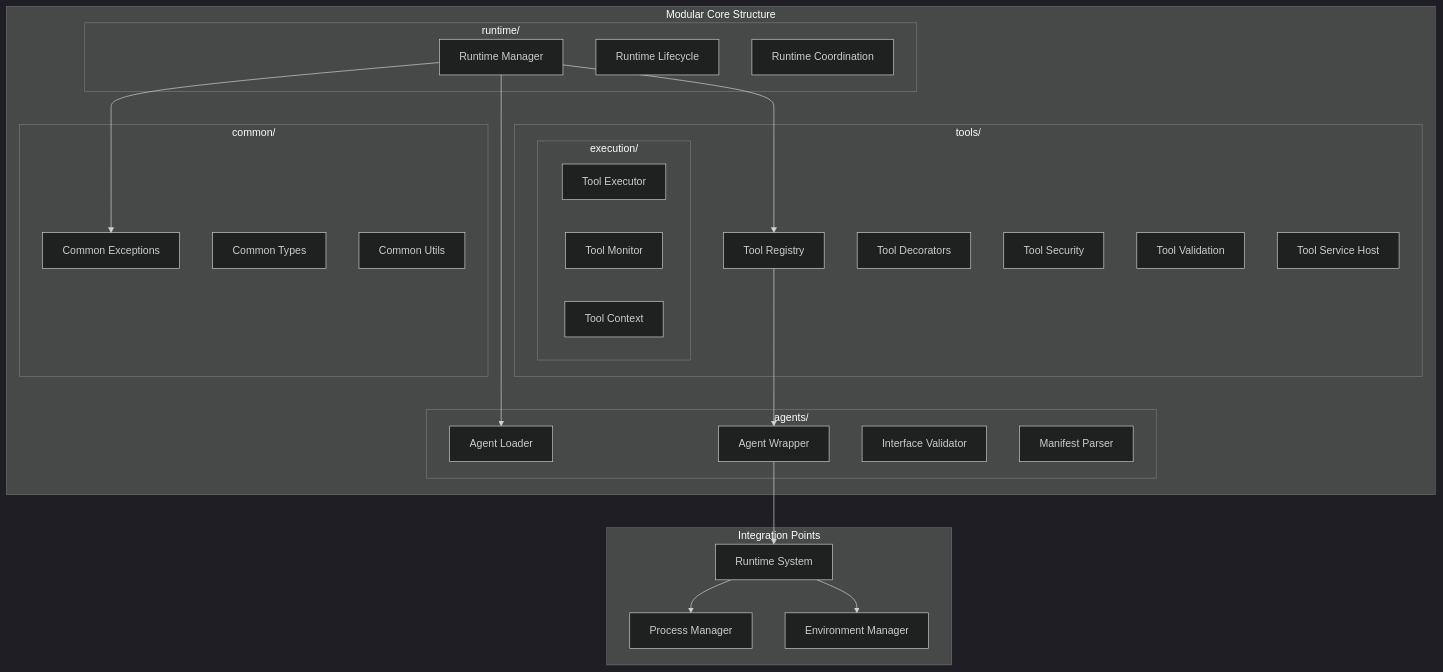
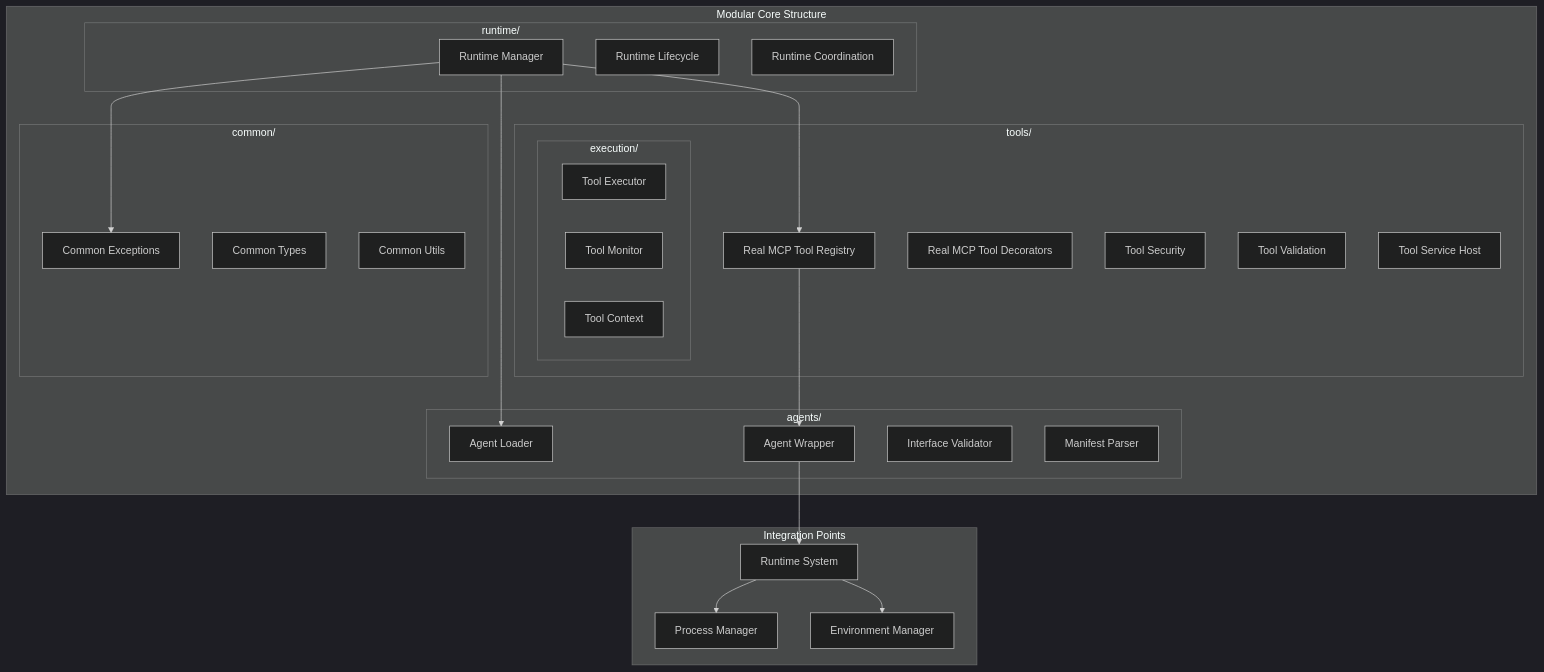
One commit to agentplug/agenthub changed the diagram in docs/.implementation_design/phase2.5_semantic_progress_tools/core/README.md. Above: the diagram before and after it, drawn with Mermaid (dark theme). The commit also changed other lines of this file and 14 other files, not shown here.

First line of the commit message:
docs: update design documents for real MCP implementation

````diff
--- a/docs/.implementation_design/phase2.5_semantic_progress_tools/core/README.md
+++ b/docs/.implementation_design/phase2.5_semantic_progress_tools/core/README.md
@@ -18,50 +18,50 @@
 ```mermaid
 graph TB
     subgraph "Modular Core Structure"
         subgraph "agents/"
             AL[Agent Loader]
             AW[Agent Wrapper]
             IV[Interface Validator]
             MP[Manifest Parser]
         end
         
         subgraph "tools/"
-            TR[Tool Registry]
-            TD[Tool Decorators]
+            TR[Real MCP Tool Registry]
+            TD[Real MCP Tool Decorators]
             TS[Tool Security]
             TV[Tool Validation]
             TH[Tool Service Host]
             subgraph "execution/"
                 TE[Tool Executor]
                 TM[Tool Monitor]
                 TC[Tool Context]
             end
         end
         
         subgraph "runtime/"
             RM[Runtime Manager]
             RL[Runtime Lifecycle]
             RC[Runtime Coordination]
         end
         
         subgraph "common/"
             CE[Common Exceptions]
             CT[Common Types]
             CU[Common Utils]
         end
     end
 
     subgraph "Integration Points"
         RT[Runtime System]
         PM[Process Manager]
         EM[Environment Manager]
     end
 
     TR --> AW
     AW --> RT
     RT --> PM
     RT --> EM
     RM --> AL
     RM --> TR
     RM --> CE
 ```
````
